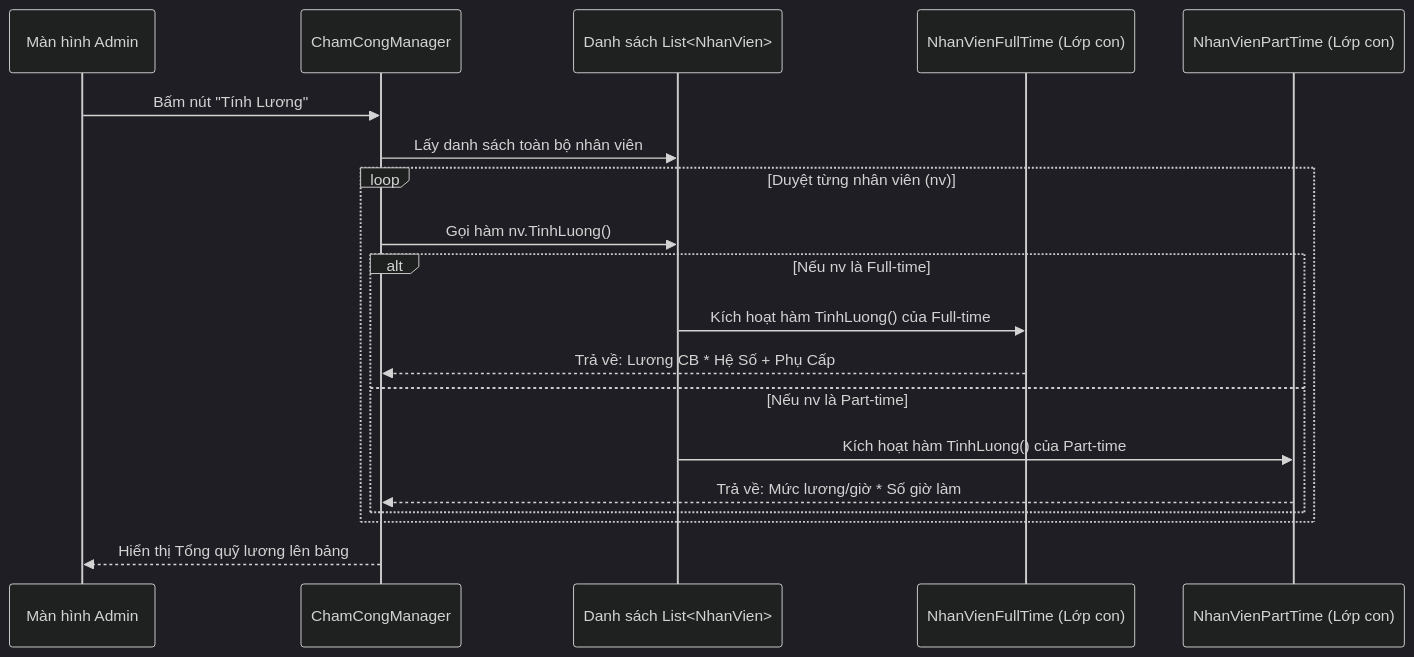
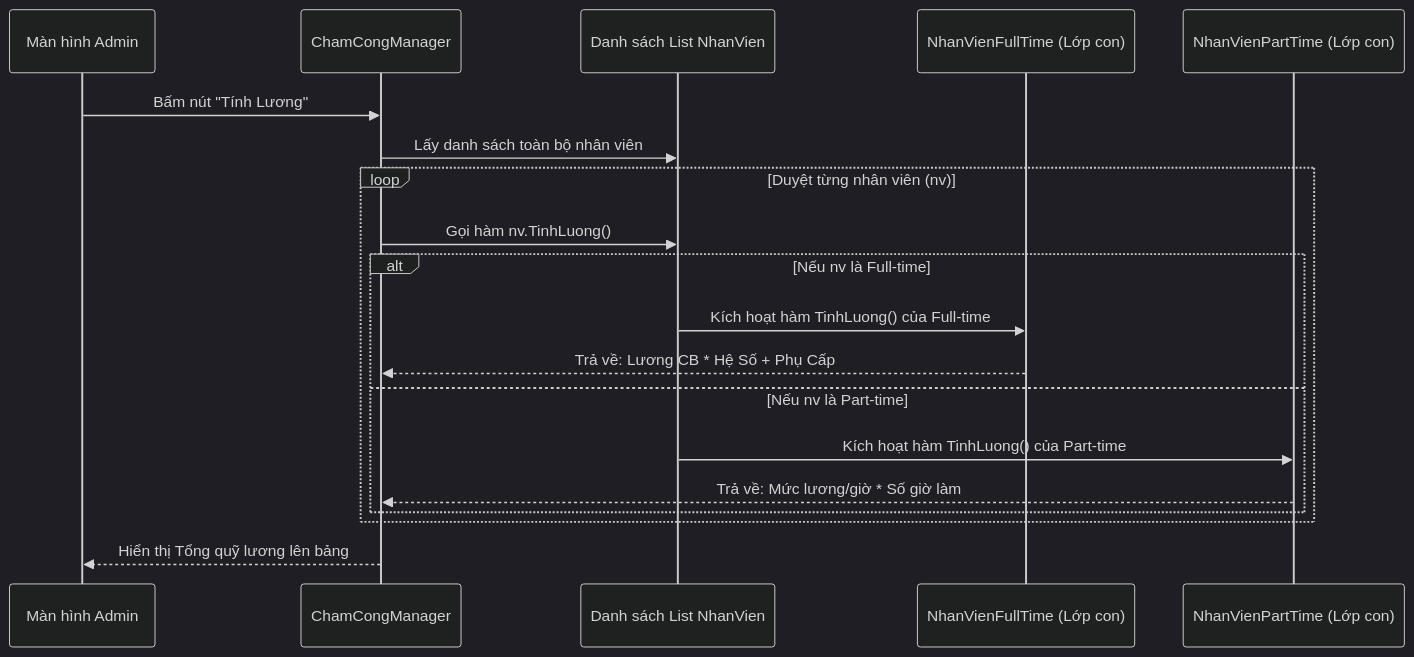
Before and after one commit to vuquang123/Quan_ly_thoi_gian_lam: the third of 3 diagrams in flow_chart.md, drawn with Mermaid (dark theme). The commit also changed other lines of this file and 16 other files, not shown here.

````diff
--- a/flow_chart.md
+++ b/flow_chart.md
@@ -85,25 +85,25 @@
 ```mermaid
 sequenceDiagram
     participant Admin as Màn hình Admin
     participant Manager as ChamCongManager
-    participant NV as Danh sách List<NhanVien>
+    participant NV as Danh sách List NhanVien
     participant FT as NhanVienFullTime (Lớp con)
     participant PT as NhanVienPartTime (Lớp con)
 
     Admin->>Manager: Bấm nút "Tính Lương"
     Manager->>NV: Lấy danh sách toàn bộ nhân viên
     
     loop Duyệt từng nhân viên (nv)
         Manager->>NV: Gọi hàm nv.TinhLuong()
         
         alt Nếu nv là Full-time
             NV->>FT: Kích hoạt hàm TinhLuong() của Full-time
             FT-->>Manager: Trả về: Lương CB * Hệ Số + Phụ Cấp
         else Nếu nv là Part-time
             NV->>PT: Kích hoạt hàm TinhLuong() của Part-time
             PT-->>Manager: Trả về: Mức lương/giờ * Số giờ làm
         end
     end
     
     Manager-->>Admin: Hiển thị Tổng quỹ lương lên bảng
 ```
````
